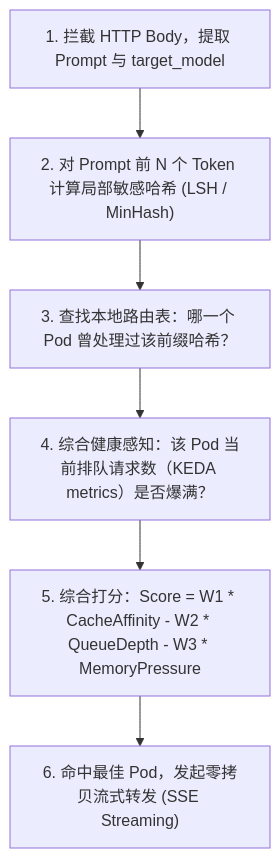
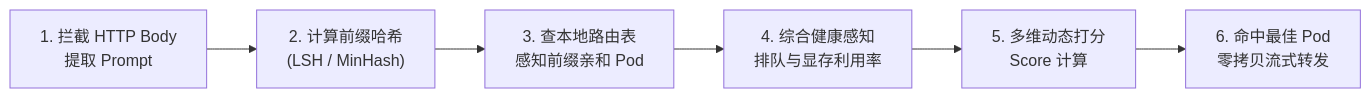
Before and after one commit to MoreConsequence/MoreConsequence.github.io: the fourth of 4 diagrams in content/posts/kubernetes-internals/k8s-22-gateway-api-inference-extension-prefix-cache.md, drawn with Mermaid. The commit also changed other lines of this file and 835 other files, not shown here.

First line of the commit message:
feat(blog): 全站33篇新增深度专栏与博文全量审核上线及矢量图表优化

````diff
--- a/content/posts/kubernetes-internals/k8s-22-gateway-api-inference-extension-prefix-cache.md
+++ b/content/posts/kubernetes-internals/k8s-22-gateway-api-inference-extension-prefix-cache.md
@@ -191,13 +187,4 @@
 ```mermaid
-flowchart TD
-    ReqIn["1. 拦截 HTTP Body，提取 Prompt 与 target_model"]
-    ExtractHash["2. 对 Prompt 前 N 个 Token 计算局部敏感哈希 (LSH / MinHash)"]
-    QueryCache["3. 查找本地路由表：哪一个 Pod 曾处理过该前缀哈希？"]
-    CheckHealth["4. 综合健康感知：该 Pod 当前排队请求数（KEDA metrics）是否爆满？"]
-    
-    ScoreCalc["5. 综合打分：Score = W1 * CacheAffinity - W2 * QueueDepth - W3 * MemoryPressure"]
-    
-    Decision["6. 命中最佳 Pod，发起零拷贝流式转发 (SSE Streaming)"]
-
-    ReqIn --> ExtractHash --> QueryCache --> CheckHealth --> ScoreCalc --> Decision
+flowchart LR
+    ReqIn["1. 拦截 HTTP Body<br/>提取 Prompt"] --> ExtractHash["2. 计算前缀哈希<br/>(LSH / MinHash)"] --> QueryCache["3. 查本地路由表<br/>感知前缀亲和 Pod"] --> CheckHealth["4. 综合健康感知<br/>排队与显存利用率"] --> ScoreCalc["5. 多维动态打分<br/>Score 计算"] --> Decision["6. 命中最佳 Pod<br/>零拷贝流式转发"]
 ```
````
